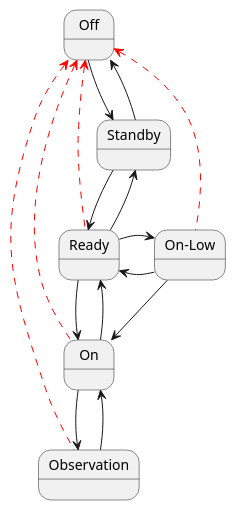
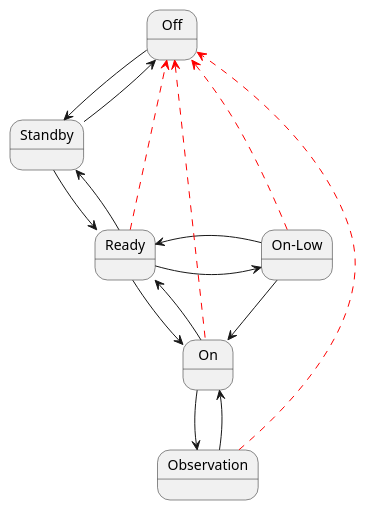
Before and after one commit to tmtsoftware/aoesw: the diagram in design/diagrams/LGSFStateDiagram.md, drawn with PlantUML.

Commit message:
Cleaned up

````diff
--- a/design/diagrams/LGSFStateDiagram.md
+++ b/design/diagrams/LGSFStateDiagram.md
@@ -1,23 +1,23 @@
 ```plantuml
 /'A better version of this diagram exists as a hand-drawn version
  ' by Jason Weiss using omnigraffle.  This is kept around for 
  ' reference.
  '/
 
 state "On-Low" as Low
 Off -down-> Standby
+Standby -up-> Off
 Standby -down-> Ready
-On --> Observation
 Ready -up-> Standby
 Ready -down-> On
+Ready -right-> Low
 Low -> On
 Low -> Ready
-Ready -right-> Low
-On -> Ready
+On -up-> Ready
+On -down-> Observation
 Observation -> On
-Observation -up[#red,dashed]-> Off
-Standby -> Off
-Ready -up[#red,dashed]-> Off
-Low -up[#red,dashed]-> Off
+Observation -[#red,dashed]-> Off
+Ready -[#red,dashed]-> Off
+Low -[#red,dashed]-> Off
 On -up[#red,dashed]-> Off
 ```
````
